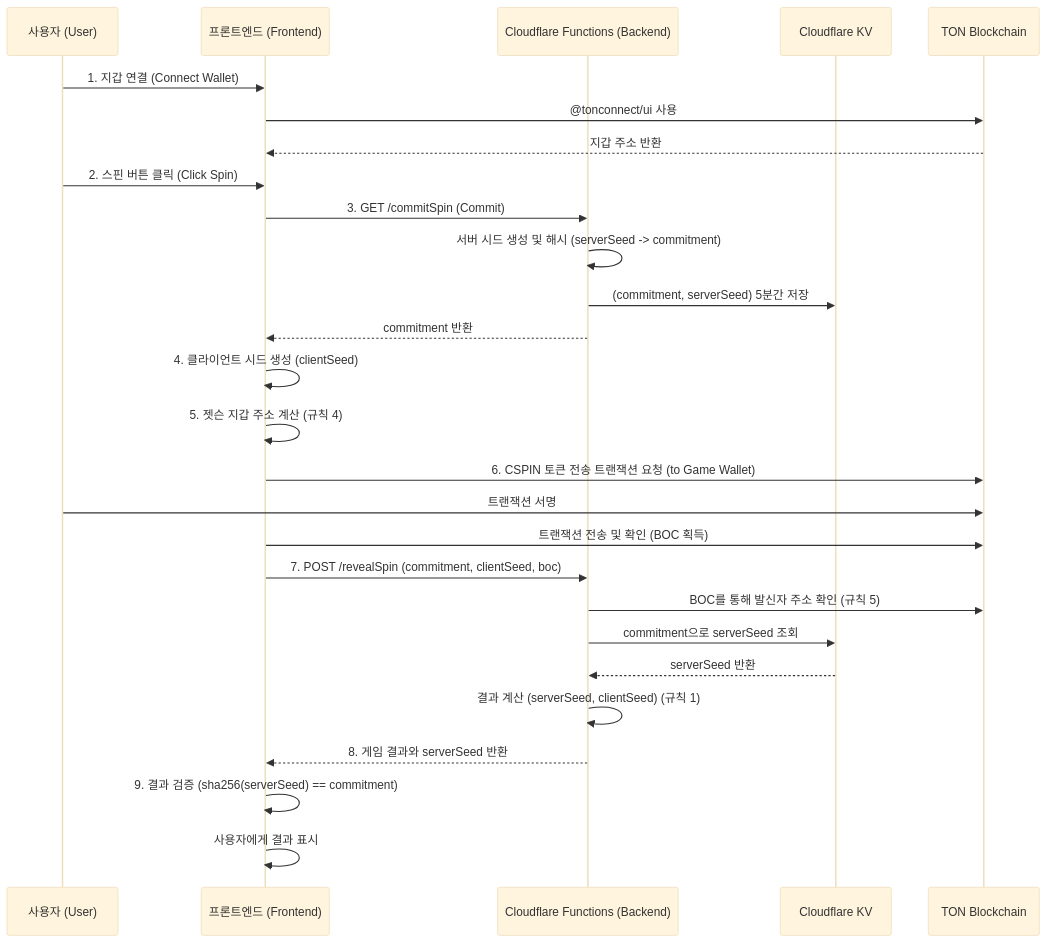
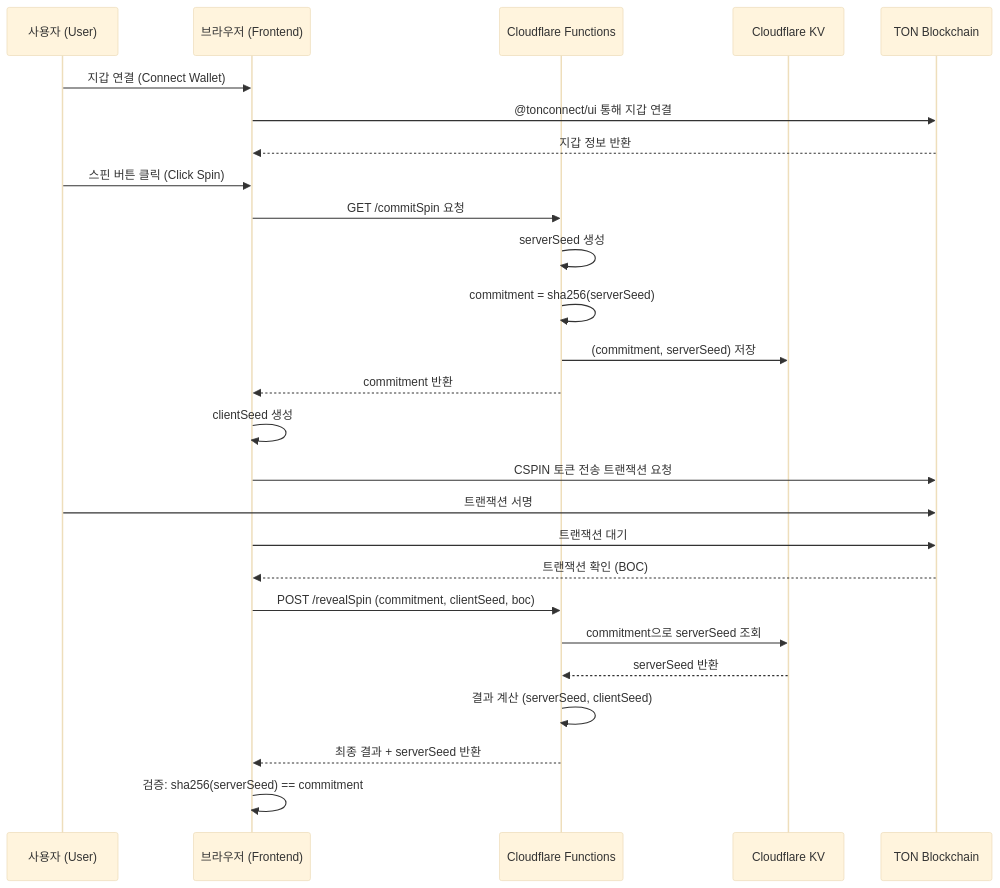
One commit to aiandyou50/slot-machine changed the diagram in docs/PROJECT_ARCHITECTURE.MD. Above: the diagram before and after it, drawn with Mermaid (base theme). The commit also changed other lines of this file and 14 other files, not shown here.

````diff
--- a/docs/PROJECT_ARCHITECTURE.MD
+++ b/docs/PROJECT_ARCHITECTURE.MD
@@ -170,34 +35,33 @@
 ```mermaid
 sequenceDiagram
     participant User as 사용자 (User)
-    participant Browser as 프론트엔드 (Frontend)
-    participant Functions as Cloudflare Functions (Backend)
+    participant Browser as 브라우저 (Frontend)
+    participant Functions as Cloudflare Functions
     participant KV as Cloudflare KV
     participant TON as TON Blockchain
 
-    User->>Browser: 1. 지갑 연결 (Connect Wallet)
-    Browser->>TON: @tonconnect/ui 사용
-    TON-->>Browser: 지갑 주소 반환
+    User->>Browser: 지갑 연결 (Connect Wallet)
+    Browser->>TON: @tonconnect/ui 통해 지갑 연결
+    TON-->>Browser: 지갑 정보 반환
 
-    User->>Browser: 2. 스핀 버튼 클릭 (Click Spin)
-    Browser->>Functions: 3. GET /commitSpin (Commit)
-    Functions->>Functions: 서버 시드 생성 및 해시 (serverSeed -> commitment)
-    Functions->>KV: (commitment, serverSeed) 5분간 저장
+    User->>Browser: 스핀 버튼 클릭 (Click Spin)
+    Browser->>Functions: GET /commitSpin 요청
+    Functions->>Functions: serverSeed 생성
+    Functions->>Functions: commitment = sha256(serverSeed)
+    Functions->>KV: (commitment, serverSeed) 저장
     Functions-->>Browser: commitment 반환
 
-    Browser->>Browser: 4. 클라이언트 시드 생성 (clientSeed)
-    Browser->>Browser: 5. 젯슨 지갑 주소 계산 (규칙 4)
-    Browser->>TON: 6. CSPIN 토큰 전송 트랜잭션 요청 (to Game Wallet)
+    Browser->>Browser: clientSeed 생성
+    Browser->>TON: CSPIN 토큰 전송 트랜잭션 요청
     User->>TON: 트랜잭션 서명
-    Browser->>TON: 트랜잭션 전송 및 확인 (BOC 획득)
+    Browser->>TON: 트랜잭션 대기
+    TON-->>Browser: 트랜잭션 확인 (BOC)
 
-    Browser->>Functions: 7. POST /revealSpin (commitment, clientSeed, boc)
-    Functions->>TON: BOC를 통해 발신자 주소 확인 (규칙 5)
+    Browser->>Functions: POST /revealSpin (commitment, clientSeed, boc)
     Functions->>KV: commitment으로 serverSeed 조회
     KV-->>Functions: serverSeed 반환
-    Functions->>Functions: 결과 계산 (serverSeed, clientSeed) (규칙 1)
-    Functions-->>Browser: 8. 게임 결과와 serverSeed 반환
+    Functions->>Functions: 결과 계산 (serverSeed, clientSeed)
+    Functions-->>Browser: 최종 결과 + serverSeed 반환
 
-    Browser->>Browser: 9. 결과 검증 (sha256(serverSeed) == commitment)
-    Browser->>Browser: 사용자에게 결과 표시
+    Browser->>Browser: 검증: sha256(serverSeed) == commitment
 ```
````
